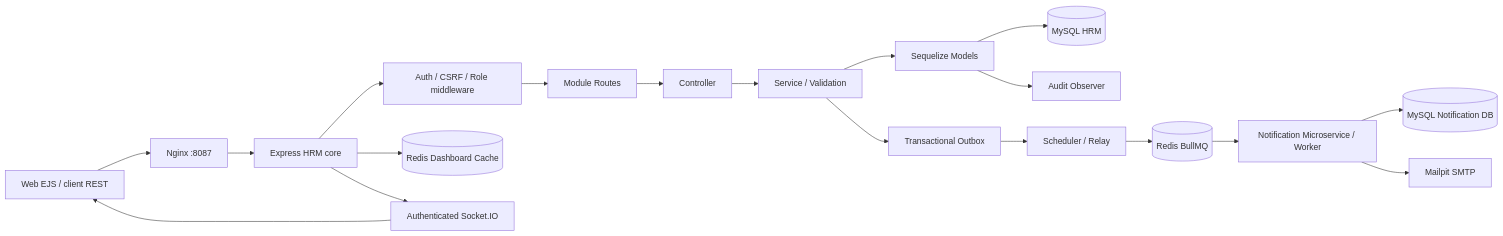
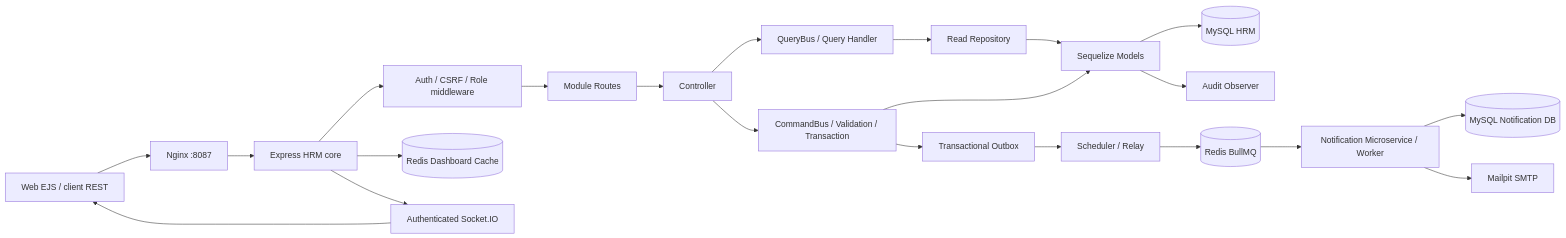
The diagram in docs/HRM-ARCHITECTURE.md (Thanhlong282828/nodejs-projec-1), drawn with Mermaid before and after one commit. The commit also changed other lines of this file and 108 other files, not shown here.

````diff
--- a/docs/HRM-ARCHITECTURE.md
+++ b/docs/HRM-ARCHITECTURE.md
@@ -3,21 +3,24 @@
 ```mermaid
 flowchart LR
   Browser[Web EJS / client REST] --> Nginx[Nginx :8087]
   Nginx --> Core[Express HRM core]
   Core --> MW[Auth / CSRF / Role middleware]
   MW --> Routes[Module Routes]
   Routes --> Controller[Controller]
-  Controller --> Service[Service / Validation]
-  Service --> ORM[Sequelize Models]
+  Controller --> Query[QueryBus / Query Handler]
+  Query --> Repo[Read Repository]
+  Repo --> ORM[Sequelize Models]
+  Controller --> Command[CommandBus / Validation / Transaction]
+  Command --> ORM
   ORM --> DB[(MySQL HRM)]
   ORM --> Observer[Audit Observer]
-  Service --> Outbox[Transactional Outbox]
+  Command --> Outbox[Transactional Outbox]
   Outbox --> Relay[Scheduler / Relay]
   Relay --> Redis[(Redis BullMQ)]
   Redis --> Notify[Notification Microservice / Worker]
   Notify --> NDB[(MySQL Notification DB)]
   Notify --> Mail[Mailpit SMTP]
   Core --> Cache[(Redis Dashboard Cache)]
   Core --> Socket[Authenticated Socket.IO]
   Socket --> Browser
 ```
````
